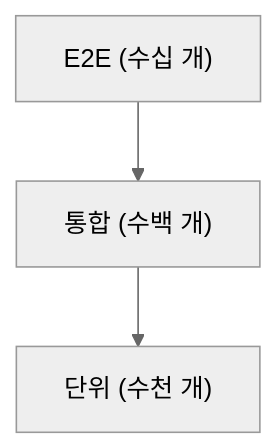
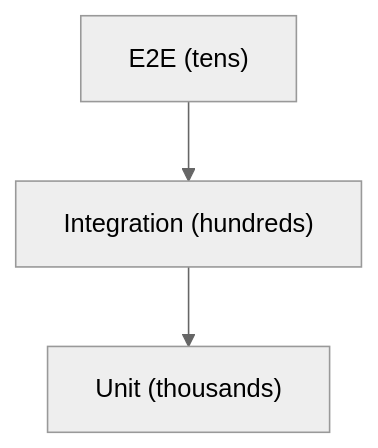
The diagram in content/testing-101/ko/10-test-strategy.md (yeongseon-books/book-content), drawn with Mermaid (neutral theme) before and after one commit. The commit also changed other lines of this file and 9 other files, not shown here.

````diff
--- a/content/testing-101/ko/10-test-strategy.md
+++ b/content/testing-101/ko/10-test-strategy.md
@@ -35,5 +51,5 @@
 ```mermaid
 flowchart TB
-    E2E["E2E (수십 개)"] --> Int["통합 (수백 개)"]
-    Int --> Unit["단위 (수천 개)"]
+    E2E["E2E (tens)"] --> Int["Integration (hundreds)"]
+    Int --> Unit["Unit (thousands)"]
 ```
````
